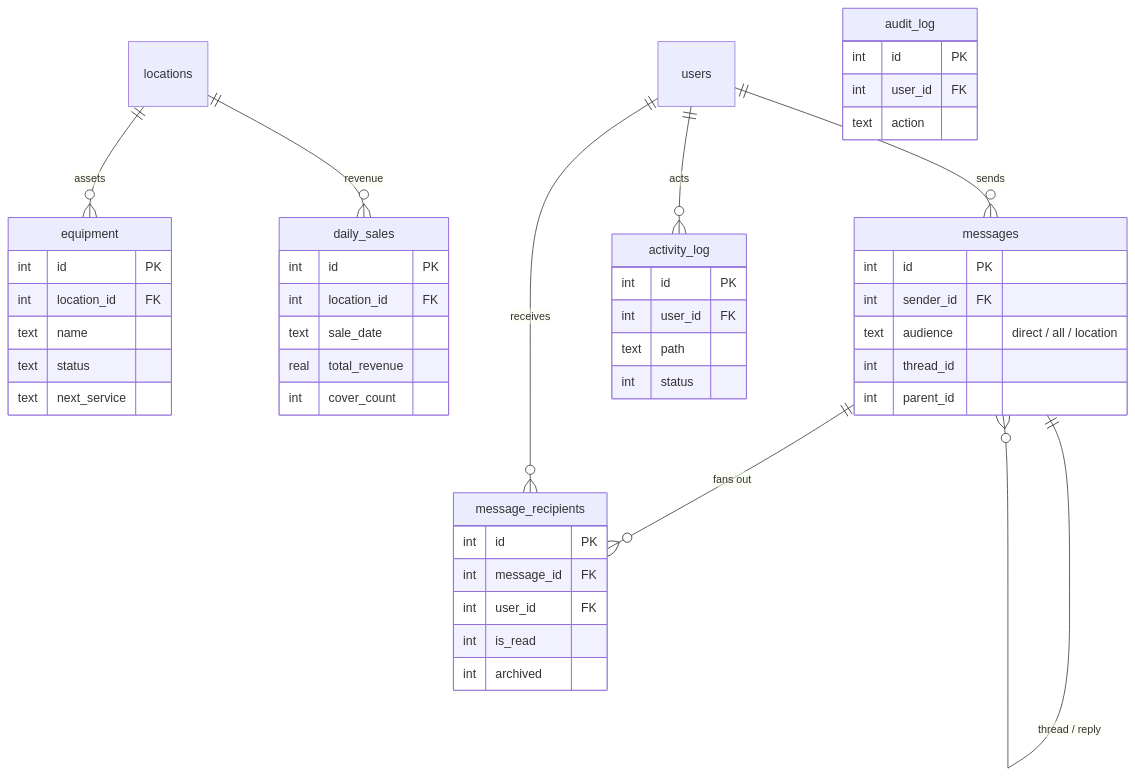
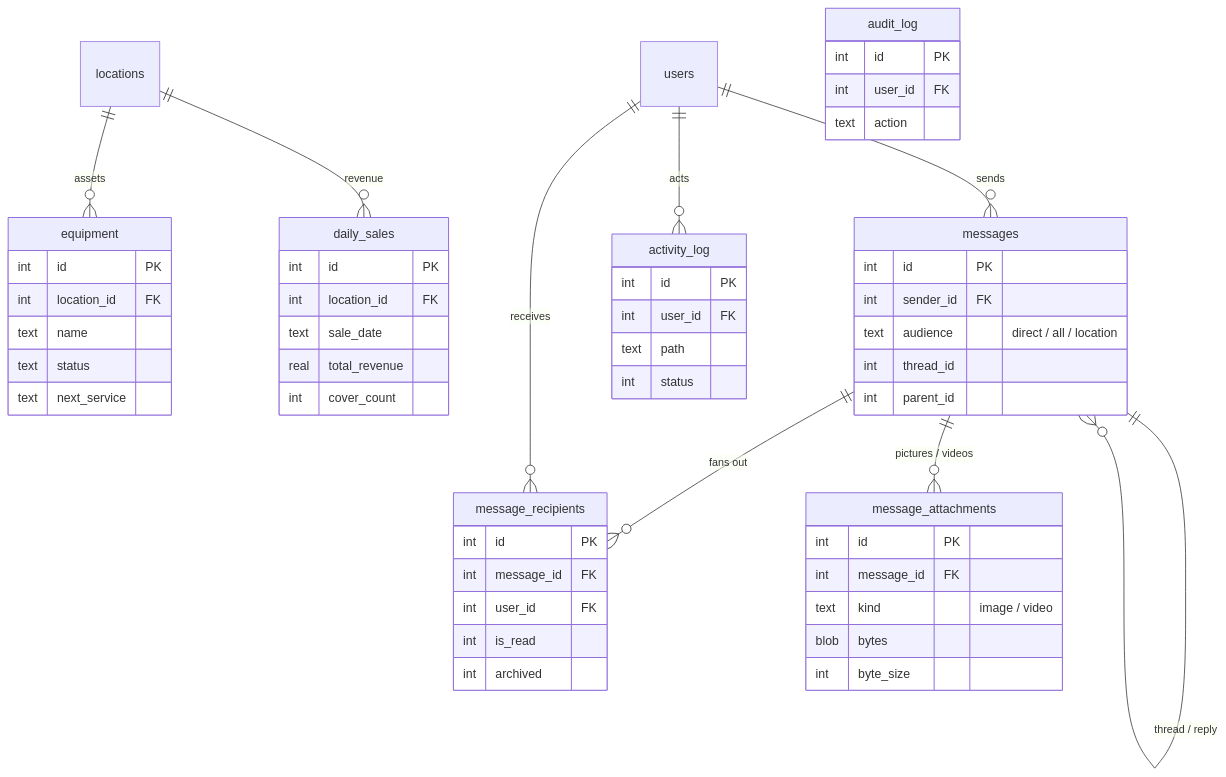
One commit to nolanle-gmail/pho-ha-noi changed the ninth of 16 diagrams in docs/HANDBOOK.md. Above: the diagram before and after it, drawn with Mermaid. The commit also changed other lines of this file and 8 other files, not shown here.

First line of the commit message:
Messages: attach pictures & videos before sending

````diff
--- a/docs/HANDBOOK.md
+++ b/docs/HANDBOOK.md
@@ -520,49 +520,57 @@
 ```mermaid
 erDiagram
   locations ||--o{ equipment : "assets"
   locations ||--o{ daily_sales : "revenue"
   users ||--o{ messages : "sends"
   messages ||--o{ message_recipients : "fans out"
   users ||--o{ message_recipients : "receives"
   messages ||--o{ messages : "thread / reply"
+  messages ||--o{ message_attachments : "pictures / videos"
   users ||--o{ activity_log : "acts"
   equipment {
     int id PK
     int location_id FK
     text name
     text status
     text next_service
   }
   daily_sales {
     int id PK
     int location_id FK
     text sale_date
     real total_revenue
     int cover_count
   }
   messages {
     int id PK
     int sender_id FK
     text audience "direct / all / location"
     int thread_id
     int parent_id
   }
   message_recipients {
     int id PK
     int message_id FK
     int user_id FK
     int is_read
     int archived
   }
+  message_attachments {
+    int id PK
+    int message_id FK
+    text kind "image / video"
+    blob bytes
+    int byte_size
+  }
   activity_log {
     int id PK
     int user_id FK
     text path
     int status
   }
   audit_log {
     int id PK
     int user_id FK
     text action
   }
 ```
````
